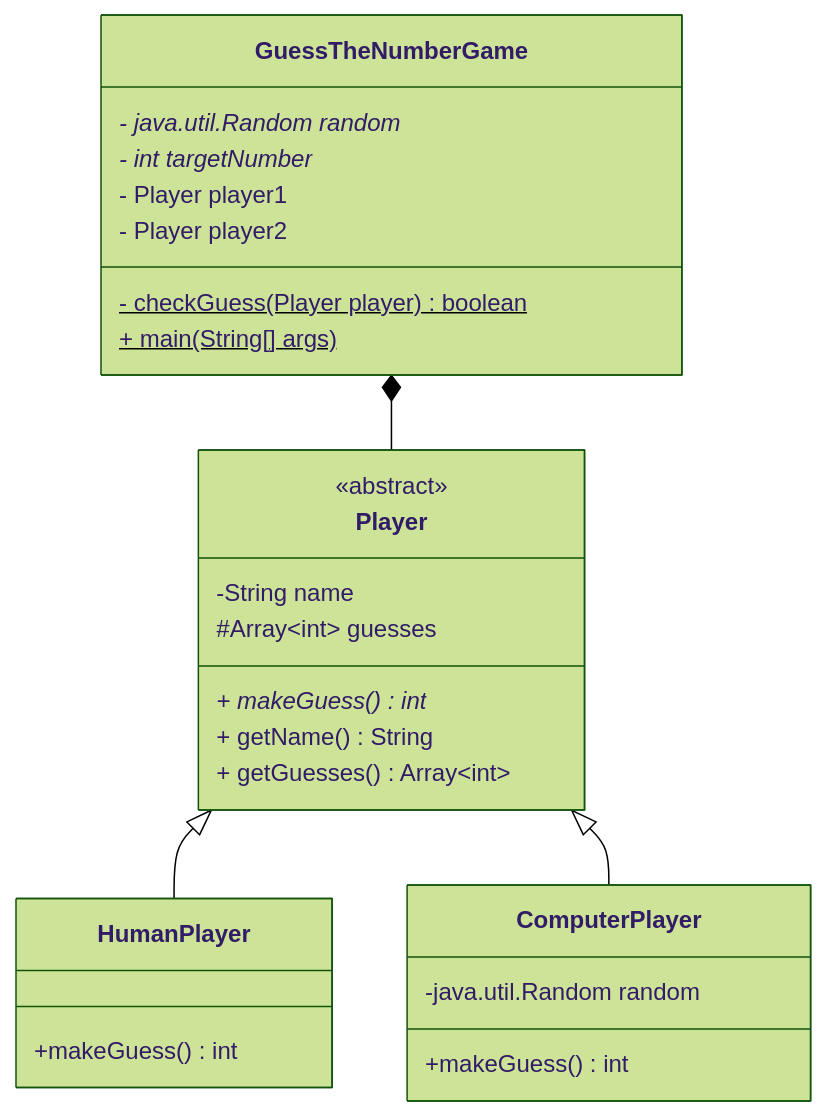
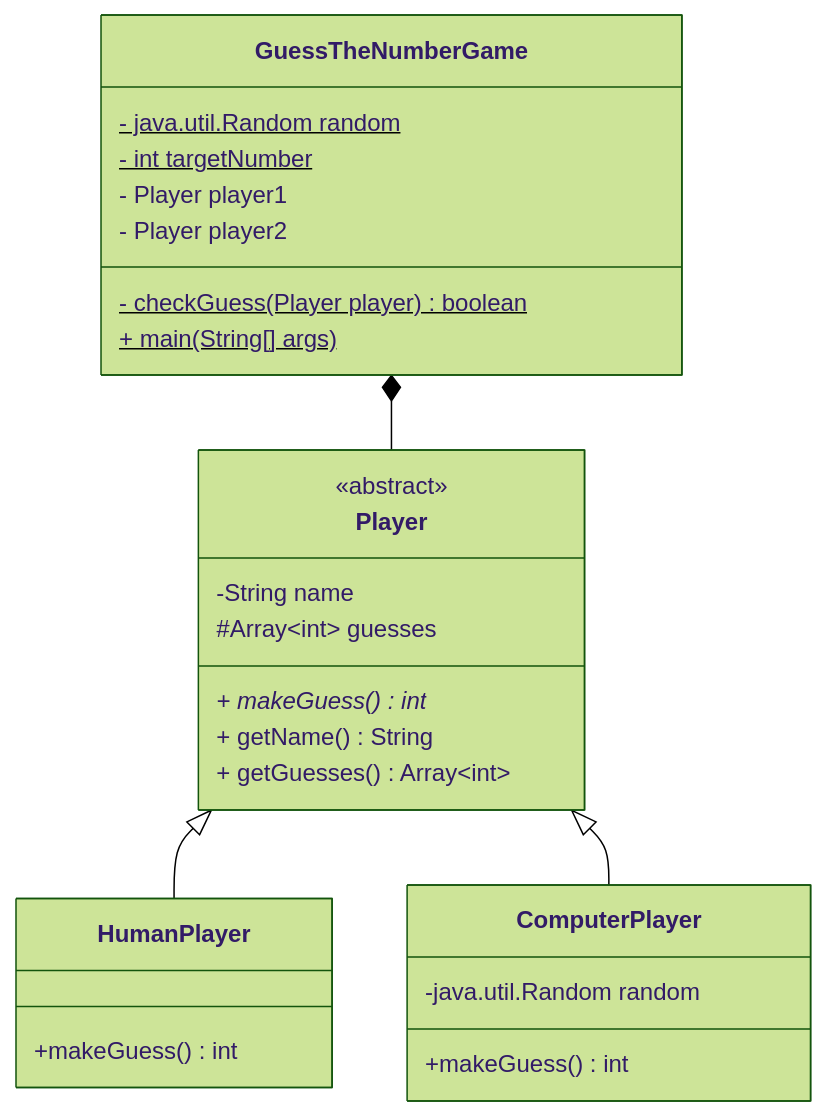
One commit to Laboratoria/curriculum changed the diagram in projects/04-guess-the-number/README.md. Above: the diagram before and after it, drawn with Mermaid (forest theme). The commit also changed other lines of this file, not shown here.

Commit message:
project(guess-the-number): diagrama de clases antes

````diff
--- a/projects/04-guess-the-number/README.md
+++ b/projects/04-guess-the-number/README.md
@@ -148,30 +100,30 @@
 ```mermaid
 classDiagram
   class GuessTheNumberGame {
-    - java.util.Random random*
-    - int targetNumber*
+    - java.util.Random random$
+    - int targetNumber$
     - Player player1
     - Player player2
     - checkGuess(Player player)$ boolean
     + main(String[] args)$
 
   }
   GuessTheNumberGame *-- Player
   Player <|-- HumanPlayer
   Player <|-- ComputerPlayer
   <<abstract>> Player
   class Player{
     -String name
     #Array~int~ guesses
     + makeGuess()* int
     + getName() String
     + getGuesses() Array~int~
   }
   class HumanPlayer {
     +makeGuess() int
   }
   class ComputerPlayer {
     -java.util.Random random
     +makeGuess() int
   }
 ```
````
